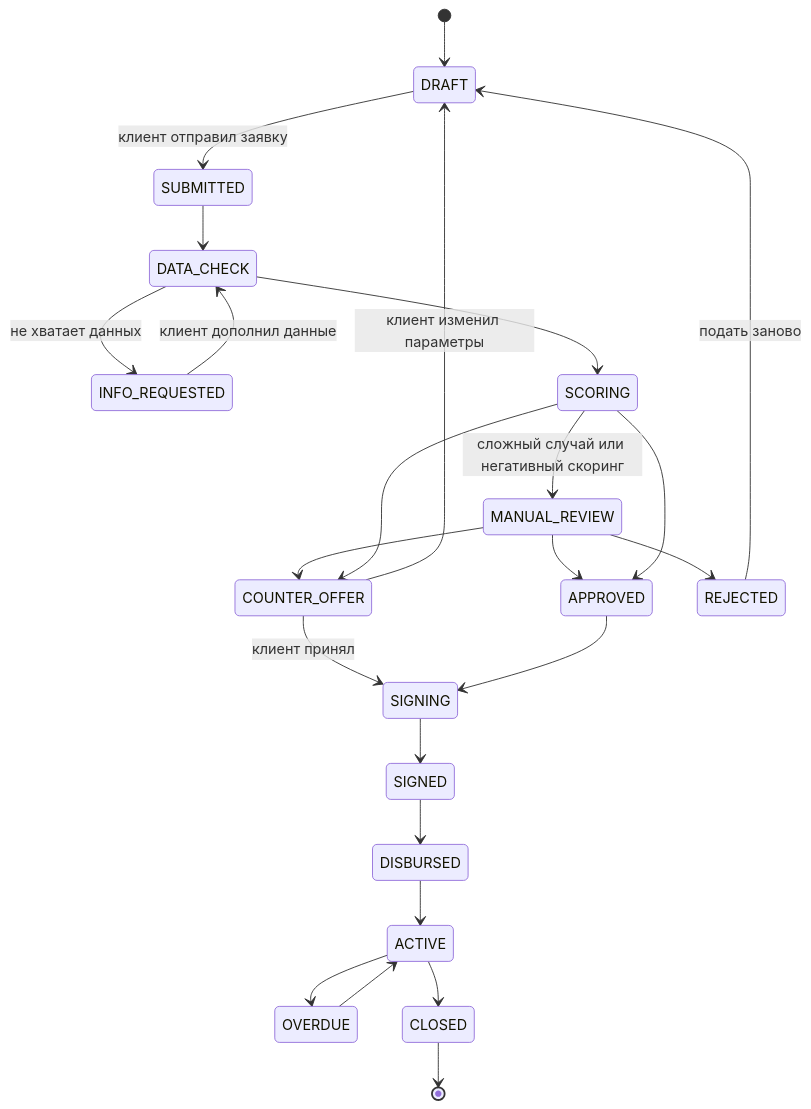
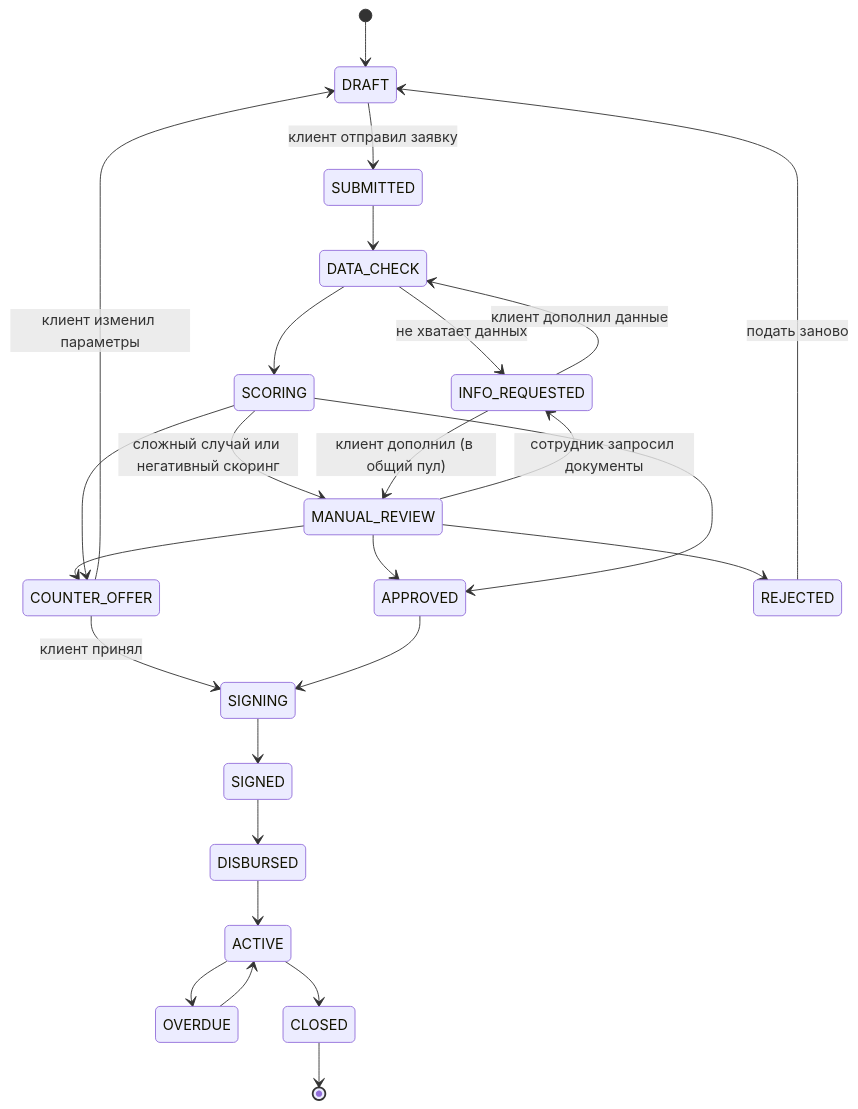
Before and after one commit to rudast/alpha-hack-2026: the diagram in docs/state-diagram.md, drawn with Mermaid. The commit also changed 19 other files, not shown here.

````diff
--- a/docs/state-diagram.md
+++ b/docs/state-diagram.md
@@ -5,26 +5,28 @@
 ```mermaid
 stateDiagram-v2
     [*] --> DRAFT
     DRAFT --> SUBMITTED: клиент отправил заявку
     SUBMITTED --> DATA_CHECK
     DATA_CHECK --> INFO_REQUESTED: не хватает данных
     INFO_REQUESTED --> DATA_CHECK: клиент дополнил данные
     DATA_CHECK --> SCORING
     SCORING --> MANUAL_REVIEW: сложный случай или негативный скоринг
     MANUAL_REVIEW --> APPROVED
     MANUAL_REVIEW --> COUNTER_OFFER
     MANUAL_REVIEW --> REJECTED
+    MANUAL_REVIEW --> INFO_REQUESTED: сотрудник запросил документы
+    INFO_REQUESTED --> MANUAL_REVIEW: клиент дополнил (в общий пул)
     SCORING --> APPROVED
     SCORING --> COUNTER_OFFER
     COUNTER_OFFER --> SIGNING: клиент принял
     COUNTER_OFFER --> DRAFT: клиент изменил параметры
     APPROVED --> SIGNING
     REJECTED --> DRAFT: подать заново
     SIGNING --> SIGNED
     SIGNED --> DISBURSED
     DISBURSED --> ACTIVE
     ACTIVE --> OVERDUE
     OVERDUE --> ACTIVE
     ACTIVE --> CLOSED
     CLOSED --> [*]
 ```
````
